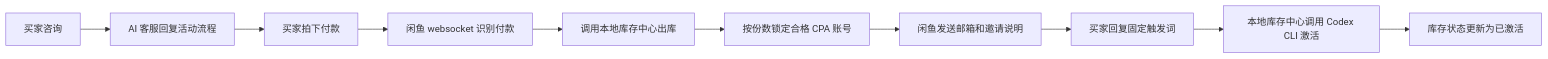
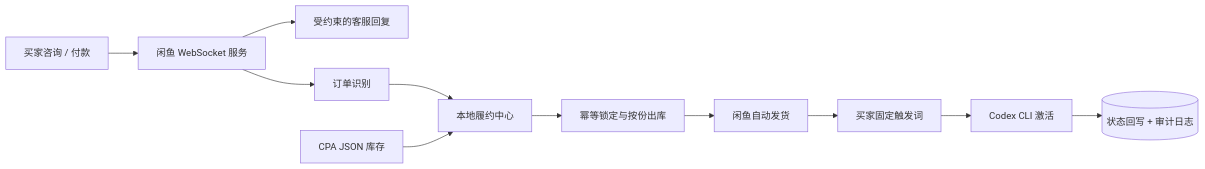
The diagram in README.md (ZorIgn/xianyu-codex-commerce-suite), drawn with Mermaid before and after one commit. The commit also changed other lines of this file, not shown here.

````diff
--- a/README.md
+++ b/README.md
@@ -69,12 +42,13 @@
 ```mermaid
 flowchart LR
-    A[买家咨询] --> B[AI 客服回复活动流程]
-    B --> C[买家拍下付款]
-    C --> D[闲鱼 websocket 识别付款]
-    D --> E[调用本地库存中心出库]
-    E --> F[按份数锁定合格 CPA 账号]
-    F --> G[闲鱼发送邮箱和邀请说明]
-    G --> H[买家回复固定触发词]
-    H --> I[本地库存中心调用 Codex CLI 激活]
-    I --> J[库存状态更新为已激活]
+    B[买家咨询 / 付款] --> X[闲鱼 WebSocket 服务]
+    X --> C[受约束的客服回复]
+    X --> O[订单识别]
+    O --> F[本地履约中心]
+    J[CPA JSON 库存] --> F
+    F --> L[幂等锁定与按份出库]
+    L --> D[闲鱼自动发货]
+    D --> T[买家固定触发词]
+    T --> A[Codex CLI 激活]
+    A --> S[(状态回写 + 审计日志)]
 ```
````
